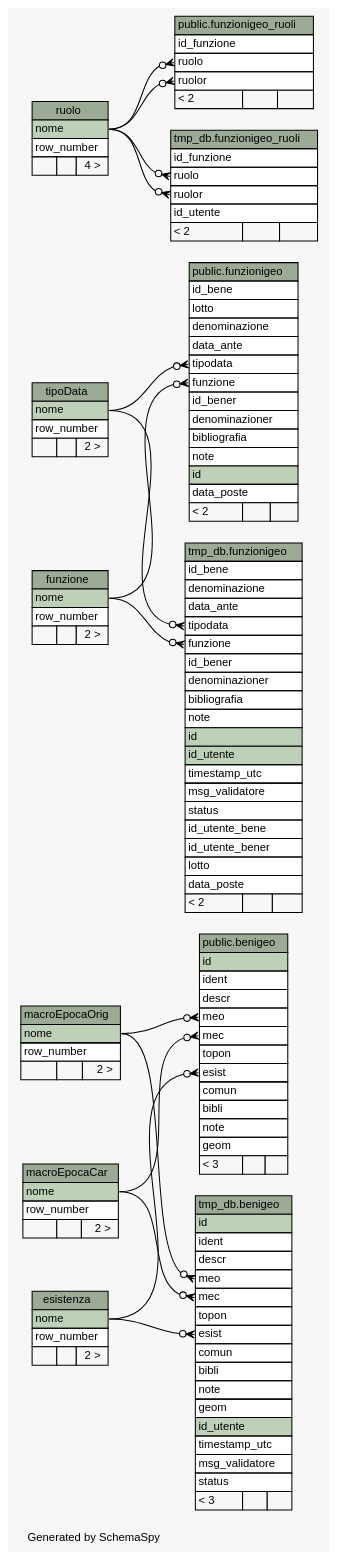
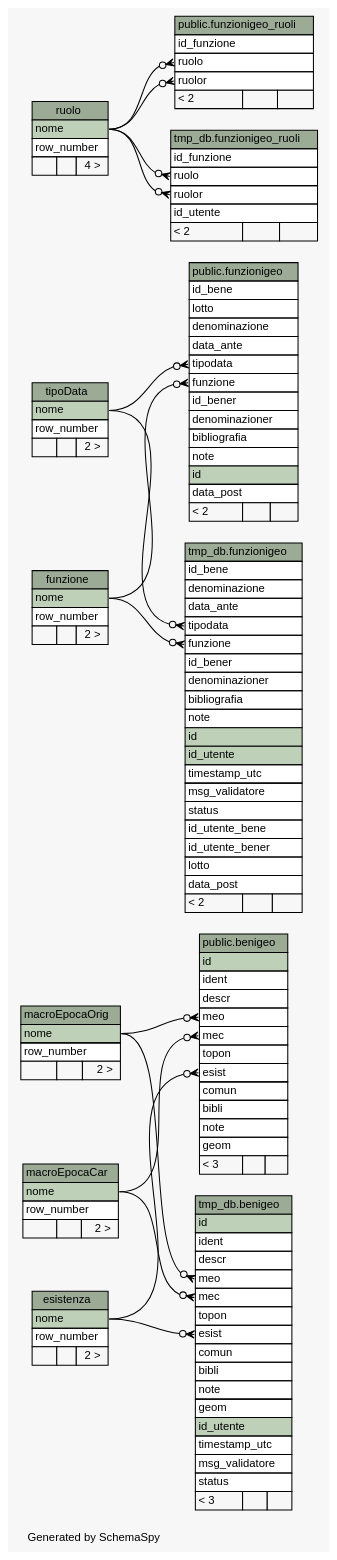
One commit to MaurizioRicci/beniInLunigianaServer changed the diagram in databaseSchemaInterattivo/vocabolari/diagrams/summary/relationships.real.large.dot. Above: the diagram before and after it, drawn with Graphviz. The commit also changed 65 other files, not shown here.

Commit message:
data_poste -> data_post

```diff
--- a/databaseSchemaInterattivo/vocabolari/diagrams/summary/relationships.real.large.dot
+++ b/databaseSchemaInterattivo/vocabolari/diagrams/summary/relationships.real.large.dot
@@ -100,7 +100,7 @@
       <TR><TD PORT="bibliografia" COLSPAN="3" ALIGN="LEFT">bibliografia</TD></TR>
       <TR><TD PORT="note" COLSPAN="3" ALIGN="LEFT">note</TD></TR>
       <TR><TD PORT="id" COLSPAN="3" BGCOLOR="#bed1b8" ALIGN="LEFT">id</TD></TR>
-      <TR><TD PORT="data_poste" COLSPAN="3" ALIGN="LEFT">data_poste</TD></TR>
+      <TR><TD PORT="data_post" COLSPAN="3" ALIGN="LEFT">data_post</TD></TR>
       <TR><TD ALIGN="LEFT" BGCOLOR="#f7f7f7">&lt; 2</TD><TD ALIGN="RIGHT" BGCOLOR="#f7f7f7">  </TD><TD ALIGN="RIGHT" BGCOLOR="#f7f7f7">  </TD></TR>
     </TABLE>>
     URL="tables/../../public/tables/funzionigeo.html"
@@ -127,7 +127,7 @@
       <TR><TD PORT="id_utente_bene" COLSPAN="3" ALIGN="LEFT">id_utente_bene</TD></TR>
       <TR><TD PORT="id_utente_bener" COLSPAN="3" ALIGN="LEFT">id_utente_bener</TD></TR>
       <TR><TD PORT="lotto" COLSPAN="3" ALIGN="LEFT">lotto</TD></TR>
-      <TR><TD PORT="data_poste" COLSPAN="3" ALIGN="LEFT">data_poste</TD></TR>
+      <TR><TD PORT="data_post" COLSPAN="3" ALIGN="LEFT">data_post</TD></TR>
       <TR><TD ALIGN="LEFT" BGCOLOR="#f7f7f7">&lt; 2</TD><TD ALIGN="RIGHT" BGCOLOR="#f7f7f7">  </TD><TD ALIGN="RIGHT" BGCOLOR="#f7f7f7">  </TD></TR>
     </TABLE>>
     URL="tables/../../tmp_db/tables/funzionigeo.html"
```
